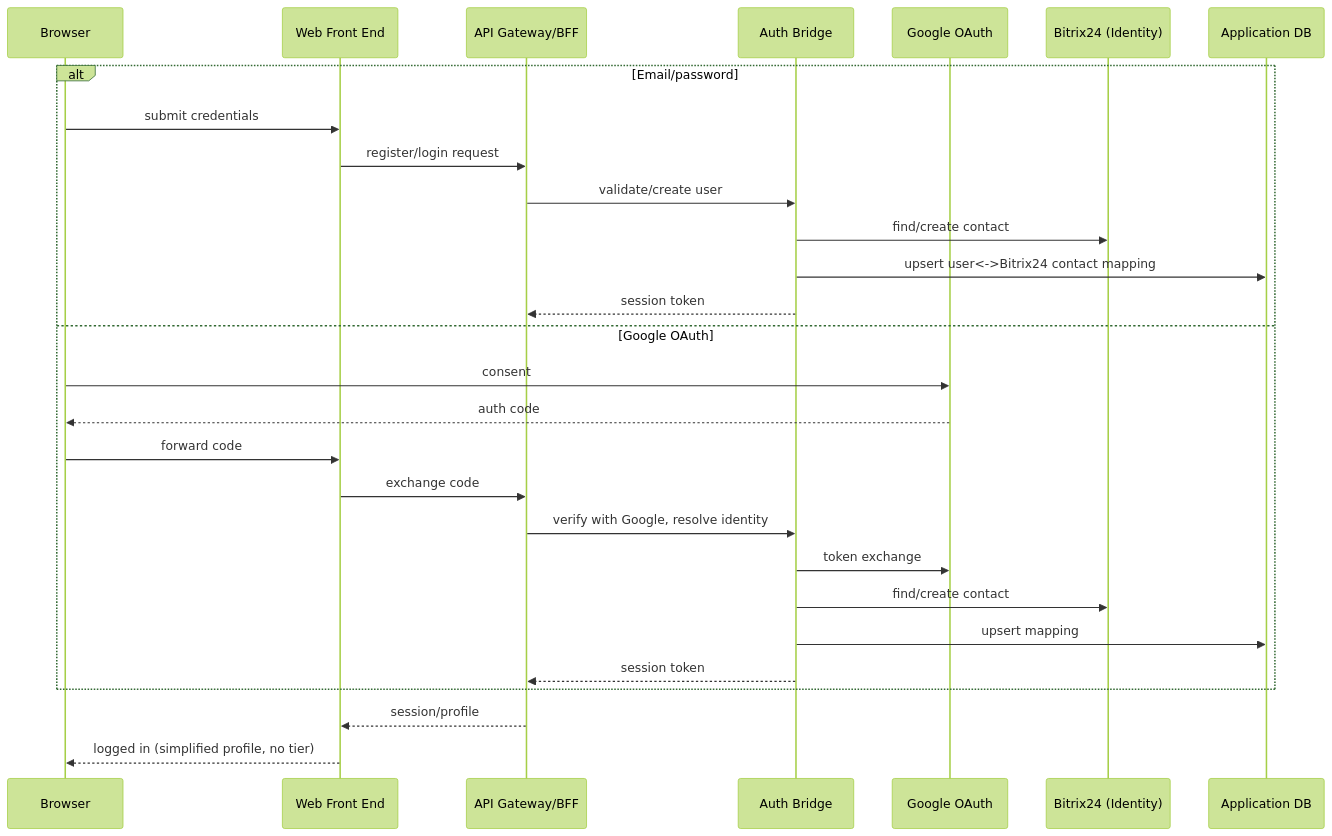
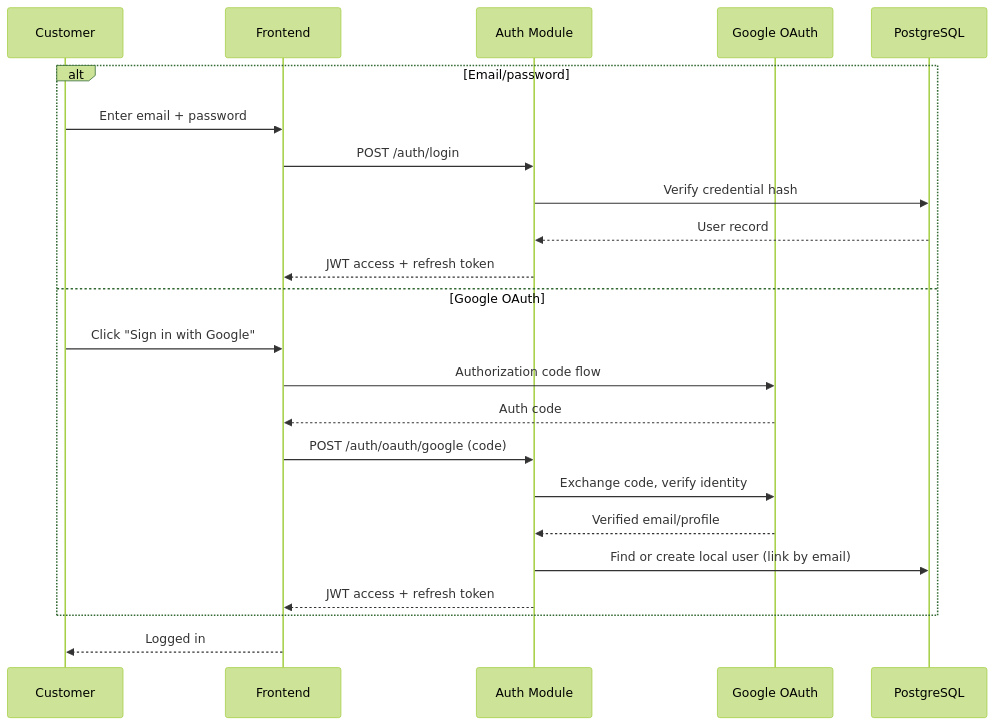
Before and after one commit to DzmitryKamashkaInt/business_analysys_pipeline: the third of 10 diagrams in projects/rumica-starter/working/architecture-specification.md, drawn with Mermaid (forest theme). The commit also changed other lines of this file, not shown here.

Commit message:
rumica-starter: rework architecture specification for custom backend + payment orchestration layer

````diff
--- a/projects/rumica-starter/working/architecture-specification.md
+++ b/projects/rumica-starter/working/architecture-specification.md
@@ -69,31 +124,26 @@
 ```mermaid
 sequenceDiagram
-    participant Browser
-    participant FE as Web Front End
-    participant GW as API Gateway/BFF
-    participant AUTH as Auth Bridge
-    participant GOOG as Google OAuth
-    participant BX as Bitrix24 (Identity)
-    participant DB as Application DB
+    participant U as Customer
+    participant FE as Frontend
+    participant Auth as Auth Module
+    participant G as Google OAuth
+    participant DB as PostgreSQL
 
     alt Email/password
-        Browser->>FE: submit credentials
-        FE->>GW: register/login request
-        GW->>AUTH: validate/create user
-        AUTH->>BX: find/create contact
-        AUTH->>DB: upsert user<->Bitrix24 contact mapping
-        AUTH-->>GW: session token
+        U->>FE: Enter email + password
+        FE->>Auth: POST /auth/login
+        Auth->>DB: Verify credential hash
+        DB-->>Auth: User record
+        Auth-->>FE: JWT access + refresh token
     else Google OAuth
-        Browser->>GOOG: consent
-        GOOG-->>Browser: auth code
-        Browser->>FE: forward code
-        FE->>GW: exchange code
-        GW->>AUTH: verify with Google, resolve identity
-        AUTH->>GOOG: token exchange
-        AUTH->>BX: find/create contact
-        AUTH->>DB: upsert mapping
-        AUTH-->>GW: session token
+        U->>FE: Click "Sign in with Google"
+        FE->>G: Authorization code flow
+        G-->>FE: Auth code
+        FE->>Auth: POST /auth/oauth/google (code)
+        Auth->>G: Exchange code, verify identity
+        G-->>Auth: Verified email/profile
+        Auth->>DB: Find or create local user (link by email)
+        Auth-->>FE: JWT access + refresh token
     end
-    GW-->>FE: session/profile
-    FE-->>Browser: logged in (simplified profile, no tier)
+    FE-->>U: Logged in
 ```
````
